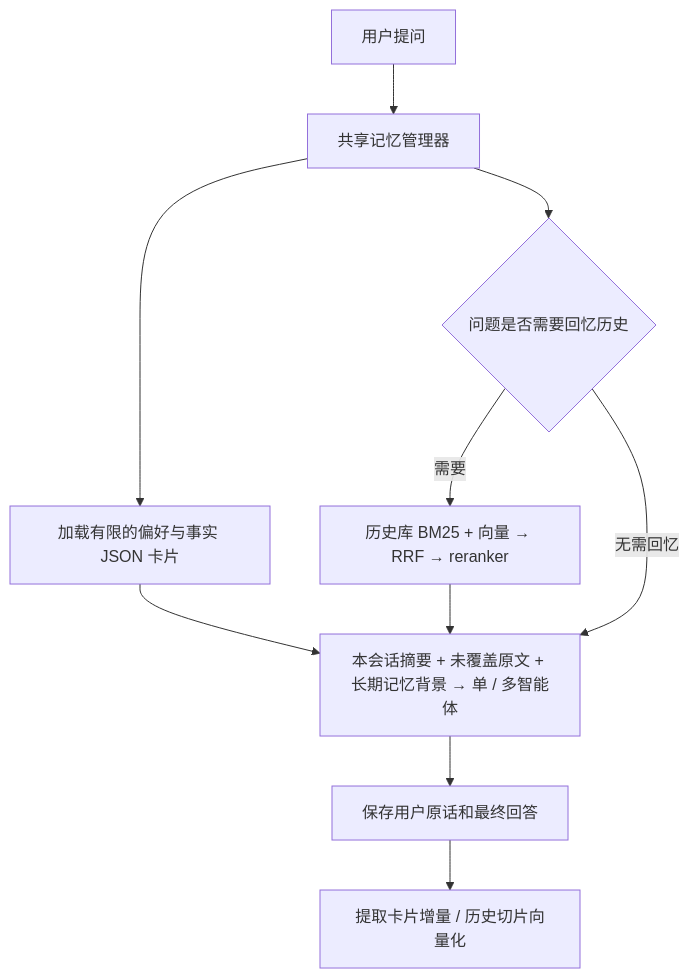
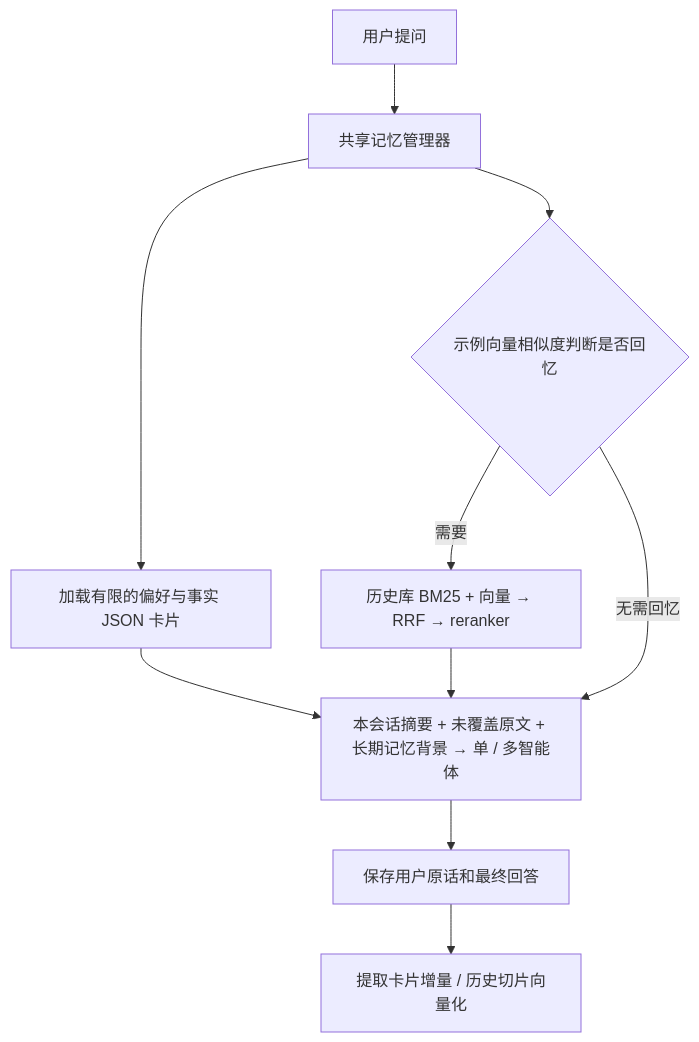
The diagram in docs/MEMORY.md (leicankun/weather), drawn with Mermaid before and after one commit. The commit also changed other lines of this file and 21 other files, not shown here.

````diff
--- a/docs/MEMORY.md
+++ b/docs/MEMORY.md
@@ -5,12 +5,12 @@
 ```mermaid
 flowchart TD
     Q[用户提问] --> M[共享记忆管理器]
     M --> C[加载有限的偏好与事实 JSON 卡片]
-    M --> R{问题是否需要回忆历史}
+    M --> R{示例向量相似度判断是否回忆}
     R -->|需要| H[历史库 BM25 + 向量 → RRF → reranker]
     C --> A[本会话摘要 + 未覆盖原文 + 长期记忆背景 → 单 / 多智能体]
     H --> A
     R -->|无需回忆| A
     A --> S[保存用户原话和最终回答]
     S --> U[提取卡片增量 / 历史切片向量化]
 ```
````
